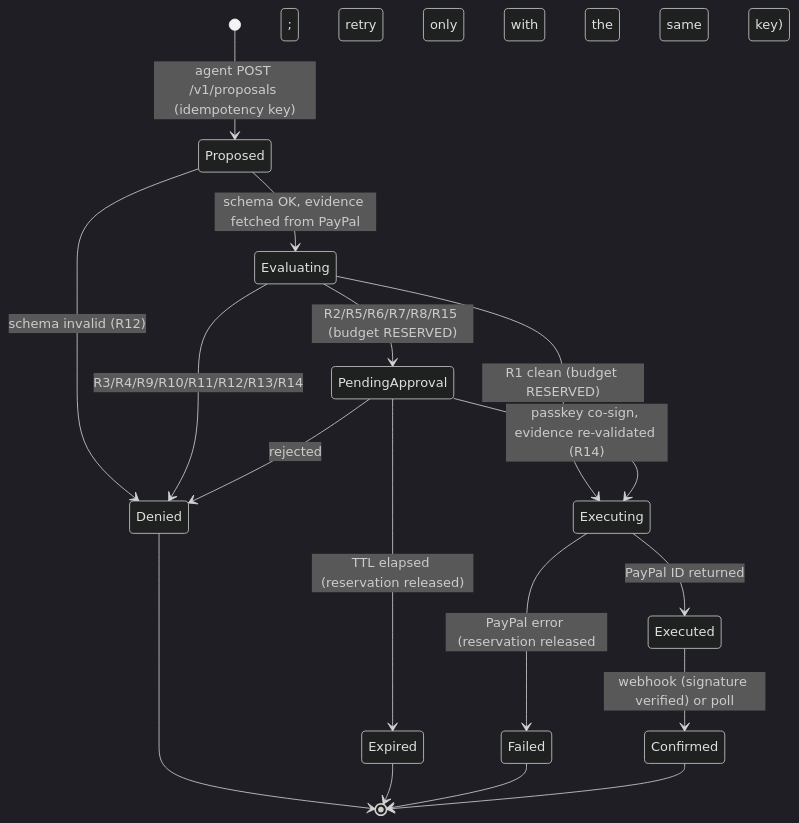
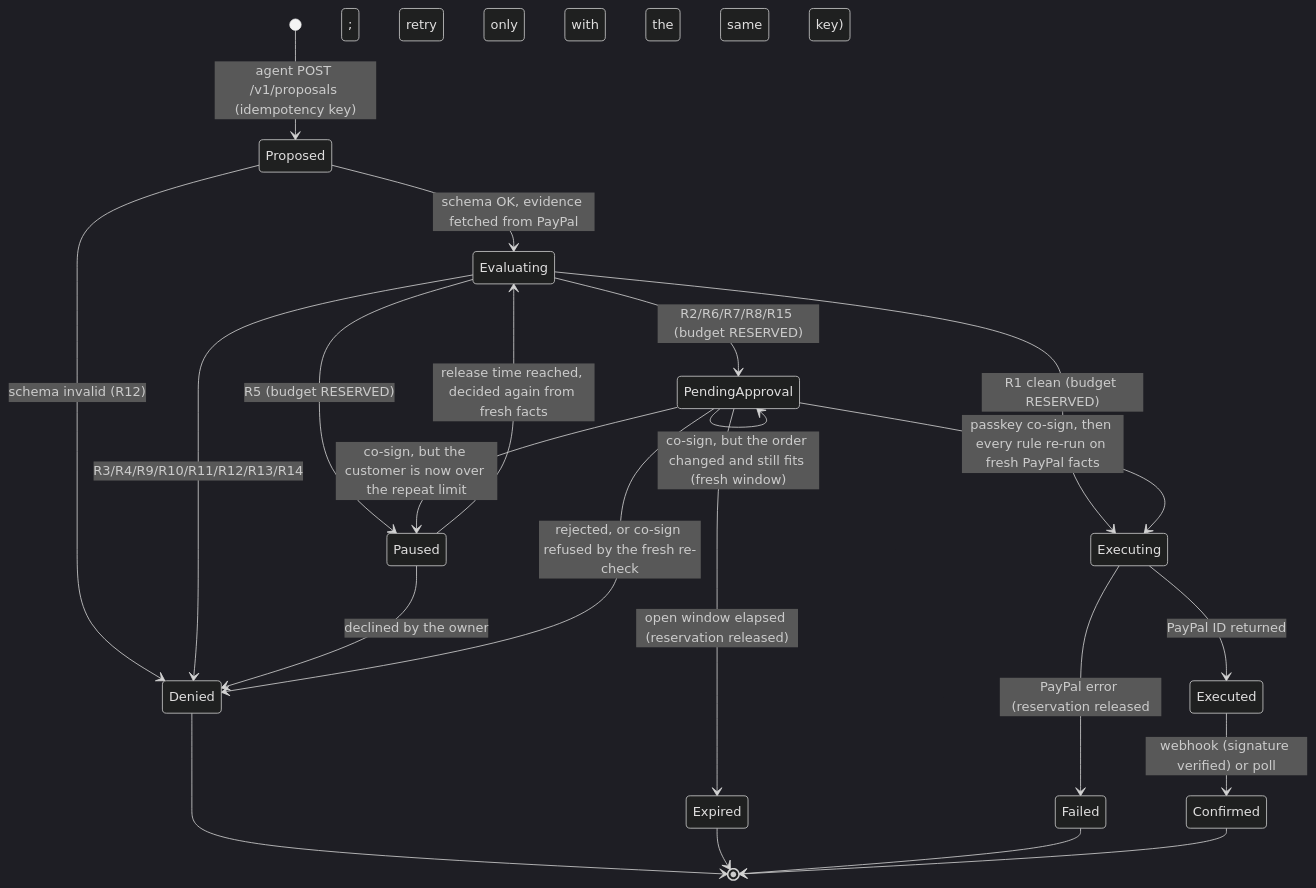
Before and after one commit to VIKAS9793/AgentCoSign: the third of 3 diagrams in docs/ARCHITECTURE.md, drawn with Mermaid (dark theme). The commit also changed 20 other files, not shown here.

````diff
--- a/docs/ARCHITECTURE.md
+++ b/docs/ARCHITECTURE.md
@@ -83,19 +83,24 @@
 ```mermaid
 stateDiagram-v2
     [*] --> Proposed: agent POST /v1/proposals (idempotency key)
     Proposed --> Evaluating: schema OK, evidence fetched from PayPal
     Proposed --> Denied: schema invalid (R12)
     Evaluating --> Denied: R3/R4/R9/R10/R11/R12/R13/R14
-    Evaluating --> PendingApproval: R2/R5/R6/R7/R8/R15 (budget RESERVED)
+    Evaluating --> PendingApproval: R2/R6/R7/R8/R15 (budget RESERVED)
+    Evaluating --> Paused: R5 (budget RESERVED)
+    Paused --> Evaluating: release time reached, decided again from fresh facts
+    Paused --> Denied: declined by the owner
     Evaluating --> Executing: R1 clean (budget RESERVED)
-    PendingApproval --> Executing: passkey co-sign, evidence re-validated (R14)
-    PendingApproval --> Denied: rejected
-    PendingApproval --> Expired: TTL elapsed (reservation released)
+    PendingApproval --> Executing: passkey co-sign, then every rule re-run on fresh PayPal facts
+    PendingApproval --> PendingApproval: co-sign, but the order changed and still fits (fresh window)
+    PendingApproval --> Denied: rejected, or co-sign refused by the fresh re-check
+    PendingApproval --> Paused: co-sign, but the customer is now over the repeat limit
+    PendingApproval --> Expired: open window elapsed (reservation released)
     Executing --> Executed: PayPal ID returned
     Executing --> Failed: PayPal error (reservation released; retry only with the same key)
     Executed --> Confirmed: webhook (signature verified) or poll
     Denied --> [*]
     Expired --> [*]
     Failed --> [*]
     Confirmed --> [*]
 ```
````
